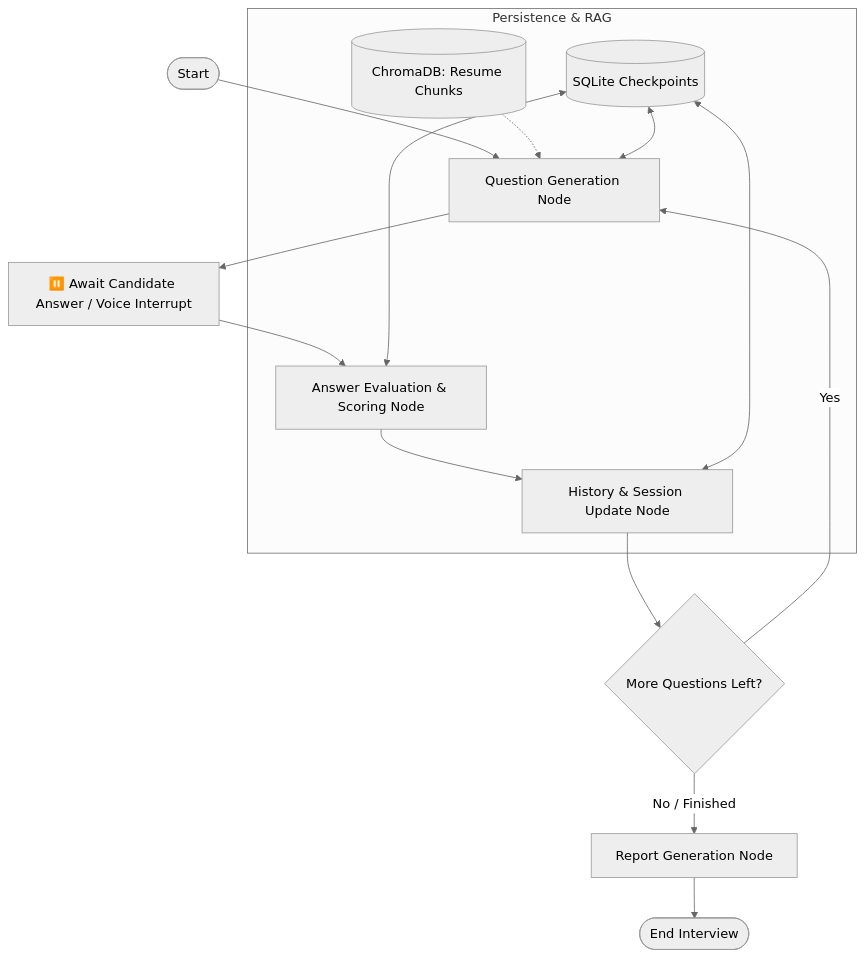
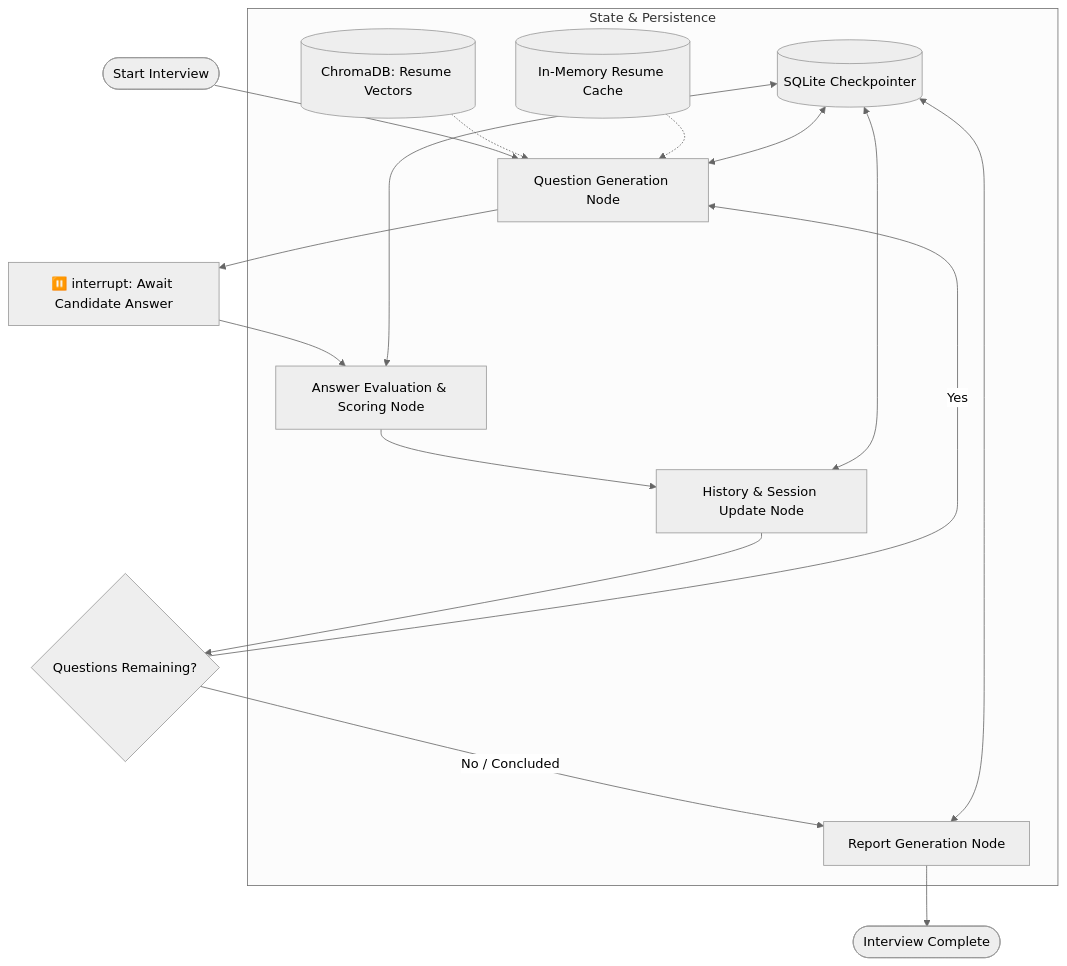
The diagram in README.md (Amal070/Veya-AI), drawn with Mermaid (neutral theme) before and after one commit. The commit also changed other lines of this file and 1 other file, not shown here.

````diff
--- a/README.md
+++ b/README.md
@@ -49,18 +74,20 @@
 ```mermaid
 flowchart TD
-    START([Start]) --> QuestionNode[Question Generation Node]
-    QuestionNode --> Interrupt[⏸️ Await Candidate Answer / Voice Interrupt]
+    START([Start Interview]) --> QuestionNode[Question Generation Node]
+    QuestionNode --> Interrupt[⏸️ interrupt: Await Candidate Answer]
     Interrupt --> EvaluationNode[Answer Evaluation & Scoring Node]
     EvaluationNode --> HistoryNode[History & Session Update Node]
-    HistoryNode --> Router{More Questions Left?}
+    HistoryNode --> Router{Questions Remaining?}
     Router -- Yes --> QuestionNode
-    Router -- No / Finished --> ReportNode[Report Generation Node]
-    ReportNode --> END([End Interview])
+    Router -- No / Concluded --> ReportNode[Report Generation Node]
+    ReportNode --> END([Interview Complete])
 
-    subgraph Persistence & RAG
-        ChromaDB[(ChromaDB: Resume Chunks)] -.-> QuestionNode
-        SqliteSaver[(SQLite Checkpoints)] <--> QuestionNode
+    subgraph State & Persistence
+        ChromaDB[(ChromaDB: Resume Vectors)] -.-> QuestionNode
+        ResumeCache[(In-Memory Resume Cache)] -.-> QuestionNode
+        SqliteSaver[(SQLite Checkpointer)] <--> QuestionNode
         SqliteSaver <--> EvaluationNode
         SqliteSaver <--> HistoryNode
+        SqliteSaver <--> ReportNode
     end
 ```
````
